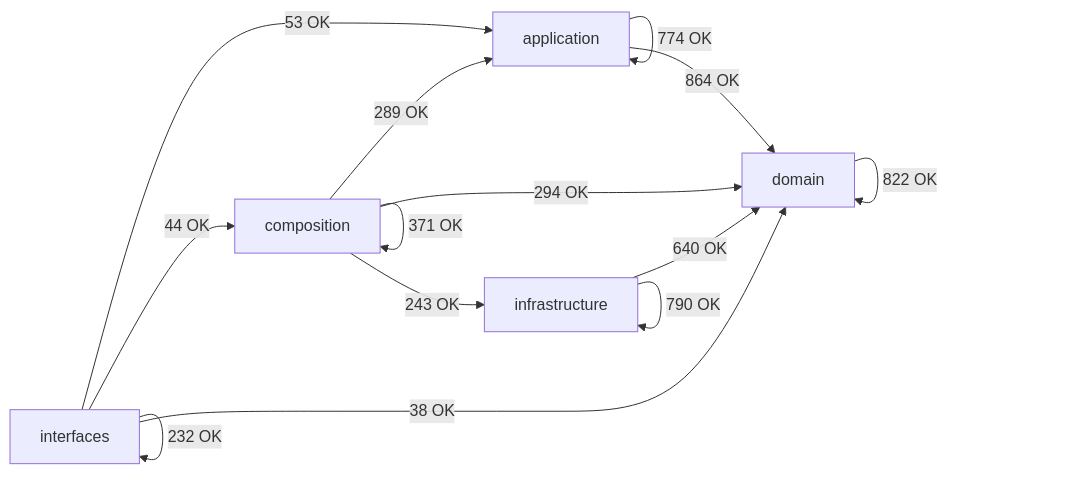
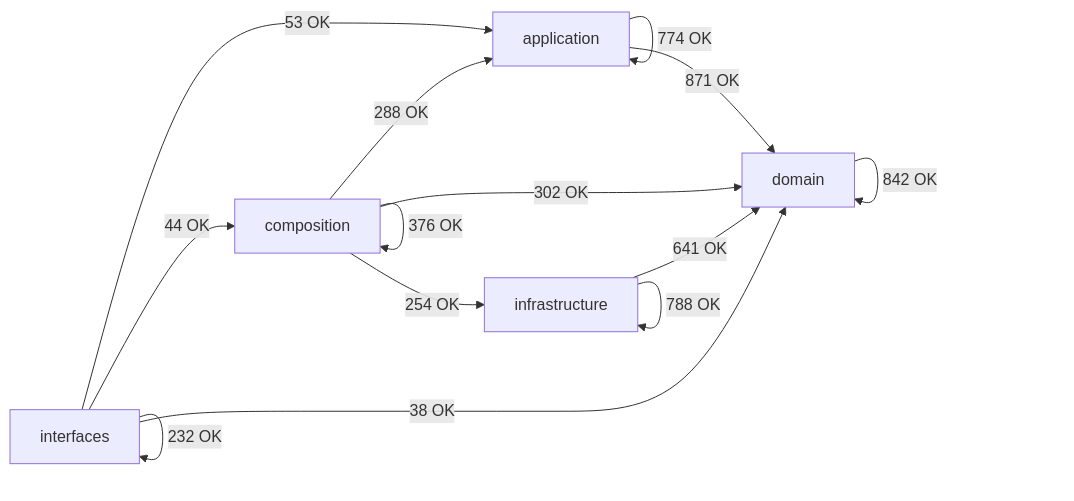
One commit to SatoryKono/BioactivityDataAcquisition changed the diagram in docs/02-architecture/generated/module-dependency-map.md. Above: the diagram before and after it, drawn with Mermaid. The commit also changed other lines of this file and 64 other files, not shown here.

````diff
--- a/docs/02-architecture/generated/module-dependency-map.md
+++ b/docs/02-architecture/generated/module-dependency-map.md
@@ -17,21 +17,21 @@
 ```mermaid
 flowchart LR
     domain[domain]
     application[application]
     infrastructure[infrastructure]
     composition[composition]
     interfaces[interfaces]
     application -->|774 OK| application
-    application -->|864 OK| domain
-    composition -->|289 OK| application
-    composition -->|371 OK| composition
-    composition -->|294 OK| domain
-    composition -->|243 OK| infrastructure
-    domain -->|822 OK| domain
-    infrastructure -->|640 OK| domain
-    infrastructure -->|790 OK| infrastructure
+    application -->|871 OK| domain
+    composition -->|288 OK| application
+    composition -->|376 OK| composition
+    composition -->|302 OK| domain
+    composition -->|254 OK| infrastructure
+    domain -->|842 OK| domain
+    infrastructure -->|641 OK| domain
+    infrastructure -->|788 OK| infrastructure
     interfaces -->|53 OK| application
     interfaces -->|44 OK| composition
     interfaces -->|38 OK| domain
     interfaces -->|232 OK| interfaces
 ```
````
